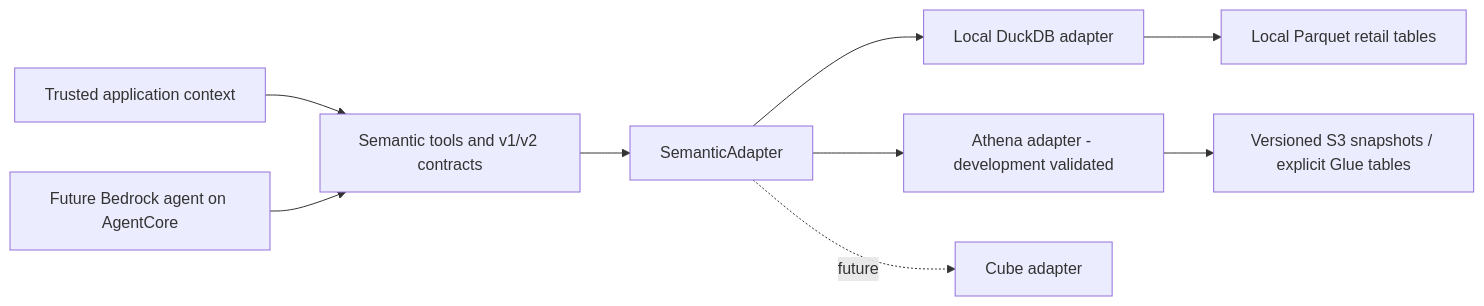
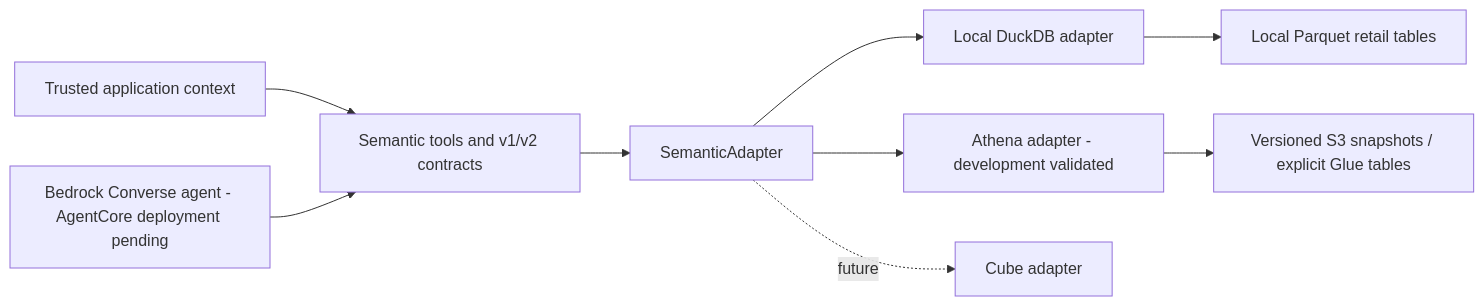
Before and after one commit to sureshkm-ai/enterprise-analytics-agent: the diagram in docs/architecture.md, drawn with Mermaid. The commit also changed other lines of this file and 43 other files, not shown here.

First line of the commit message:
feat: prepare Bedrock analytics agent and AgentCore runtime

````diff
--- a/docs/architecture.md
+++ b/docs/architecture.md
@@ -5,11 +5,11 @@
 ```mermaid
 flowchart LR
     App[Trusted application context] --> Tools[Semantic tools and v1/v2 contracts]
-    Agent[Future Bedrock agent on AgentCore] --> Tools
+    Agent[Bedrock Converse agent - AgentCore deployment pending] --> Tools
     Tools --> Interface[SemanticAdapter]
     Interface --> Local[Local DuckDB adapter]
     Interface --> Athena[Athena adapter - development validated]
     Athena --> Warehouse[Versioned S3 snapshots / explicit Glue tables]
     Interface -. future .-> Cube[Cube adapter]
     Local --> Data[Local Parquet retail tables]
 ```
````
